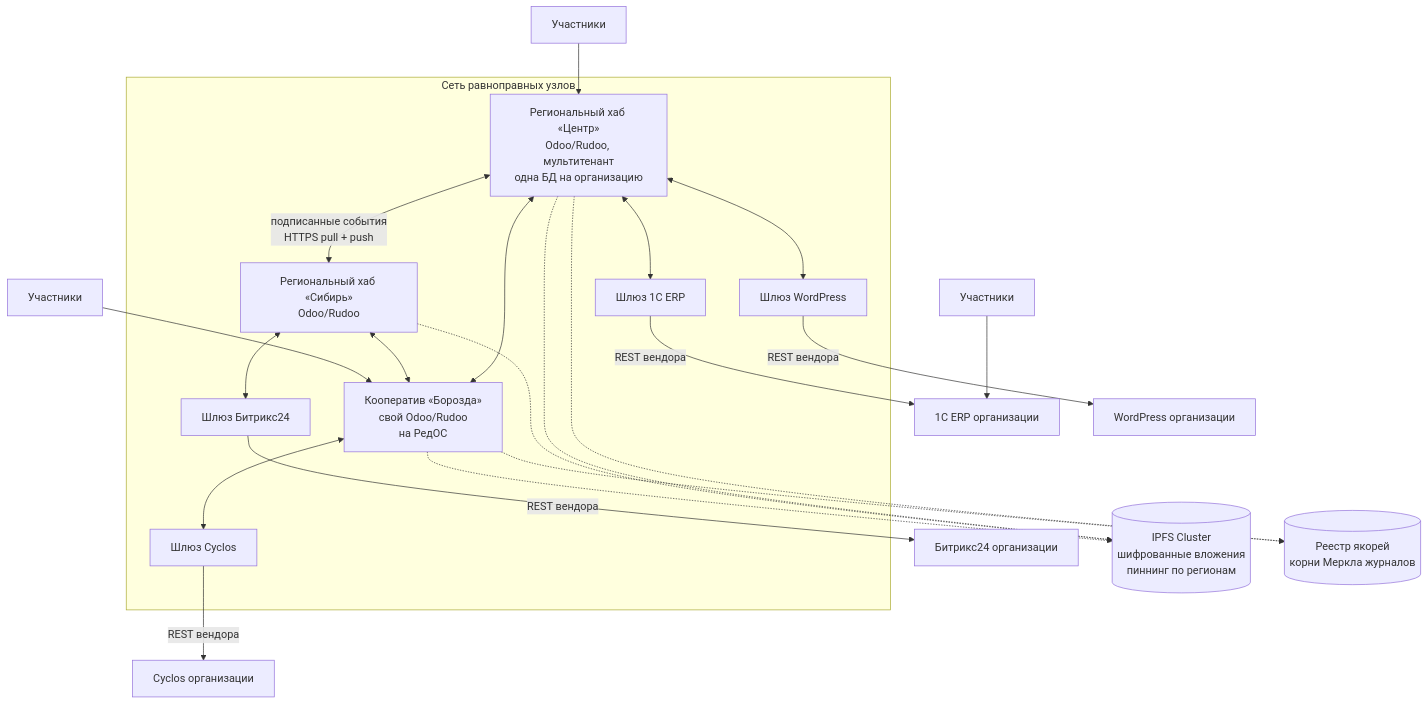
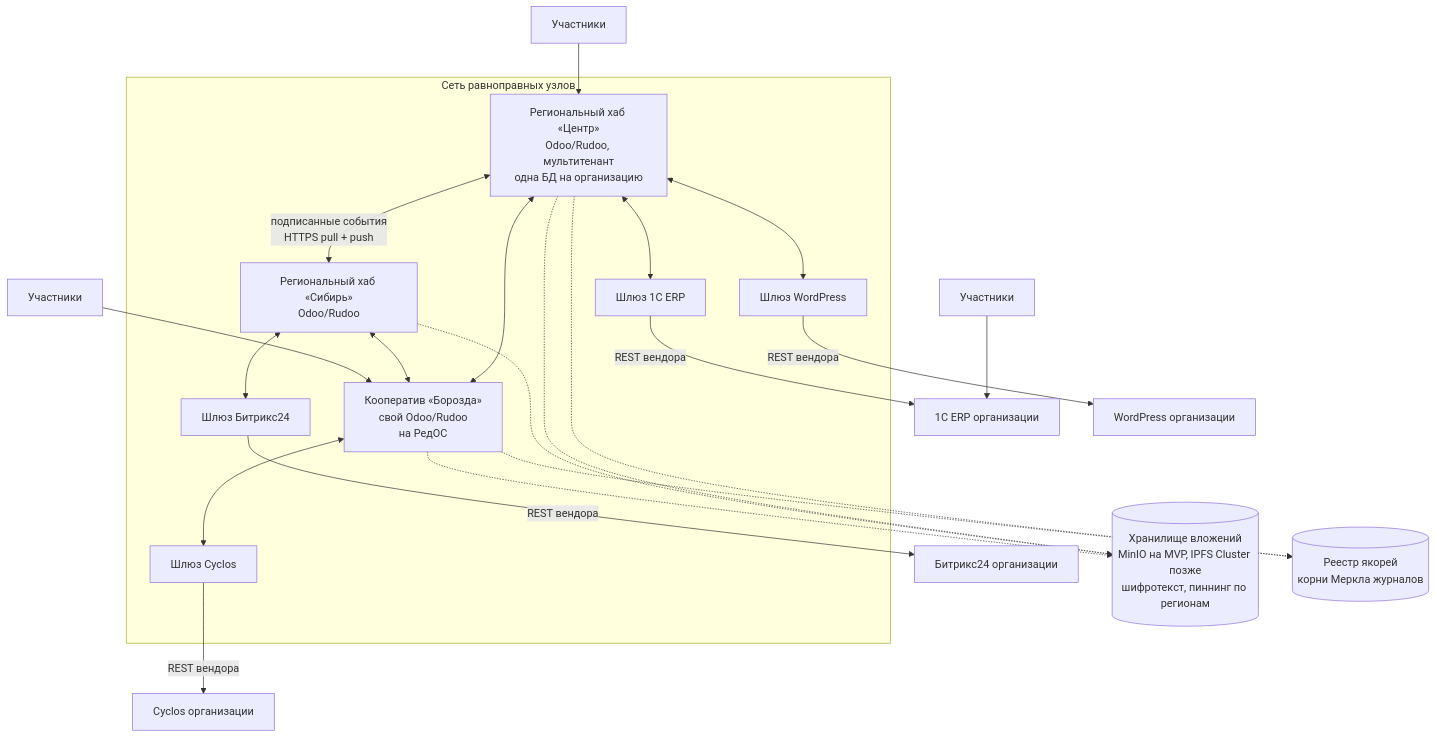
Before and after one commit to daocooptech/dao-cooptech: the diagram in docs/architecture-federation.md, drawn with Mermaid. The commit also changed other lines of this file and 8 other files, not shown here.

````diff
--- a/docs/architecture-federation.md
+++ b/docs/architecture-federation.md
@@ -57,38 +62,38 @@
 ```mermaid
 graph TB
   subgraph SET["Сеть равноправных узлов"]
     HUB1["Региональный хаб «Центр»<br/>Odoo/Rudoo, мультитенант<br/>одна БД на организацию"]
     HUB2["Региональный хаб «Сибирь»<br/>Odoo/Rudoo"]
     OWN["Кооператив «Борозда»<br/>свой Odoo/Rudoo<br/>на РедОС"]
     ADP1["Шлюз 1С ERP"]
     ADP2["Шлюз Битрикс24"]
     ADP3["Шлюз Cyclos"]
     ADP4["Шлюз WordPress"]
   end
 
   HUB1 <-->|"подписанные события<br/>HTTPS pull + push"| HUB2
   HUB1 <--> OWN
   HUB2 <--> OWN
   HUB1 <--> ADP1
   HUB2 <--> ADP2
   OWN <--> ADP3
   HUB1 <--> ADP4
 
   ADP1 -->|"REST вендора"| ERP1C["1С ERP организации"]
   ADP2 -->|"REST вендора"| B24["Битрикс24 организации"]
   ADP3 -->|"REST вендора"| CYC["Cyclos организации"]
   ADP4 -->|"REST вендора"| WP["WordPress организации"]
 
-  IPFS[("IPFS Cluster<br/>шифрованные вложения<br/>пиннинг по регионам")]
+  BLOB[("Хранилище вложений<br/>MinIO на MVP, IPFS Cluster позже<br/>шифротекст, пиннинг по регионам")]
   ANCHOR[("Реестр якорей<br/>корни Меркла журналов")]
 
-  HUB1 -.-> IPFS
-  HUB2 -.-> IPFS
-  OWN -.-> IPFS
+  HUB1 -.-> BLOB
+  HUB2 -.-> BLOB
+  OWN -.-> BLOB
   HUB1 -.-> ANCHOR
   OWN -.-> ANCHOR
 
   P1["Участники"] --> HUB1
   P2["Участники"] --> OWN
   P3["Участники"] --> ERP1C
 ```
````
